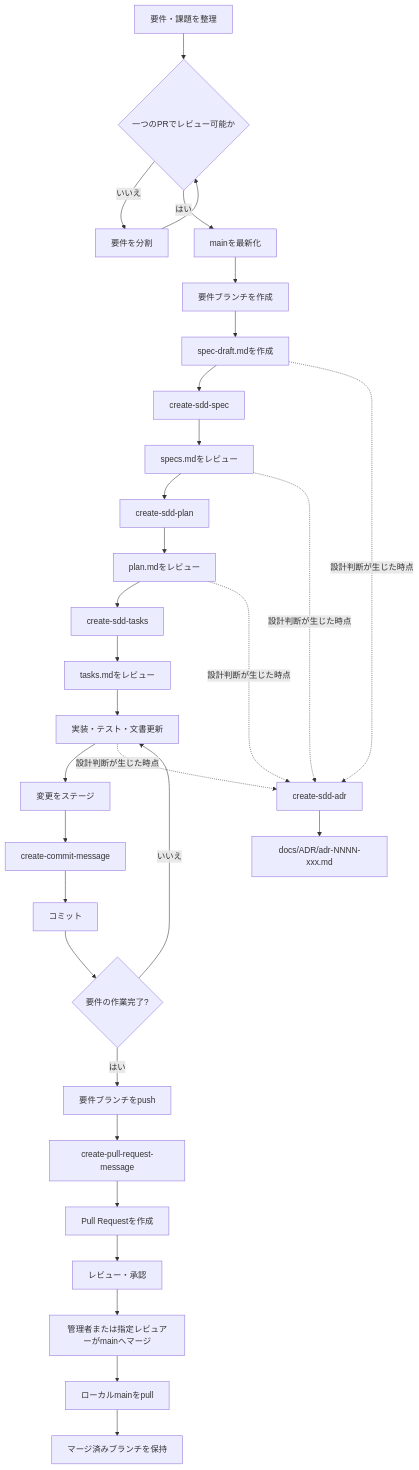
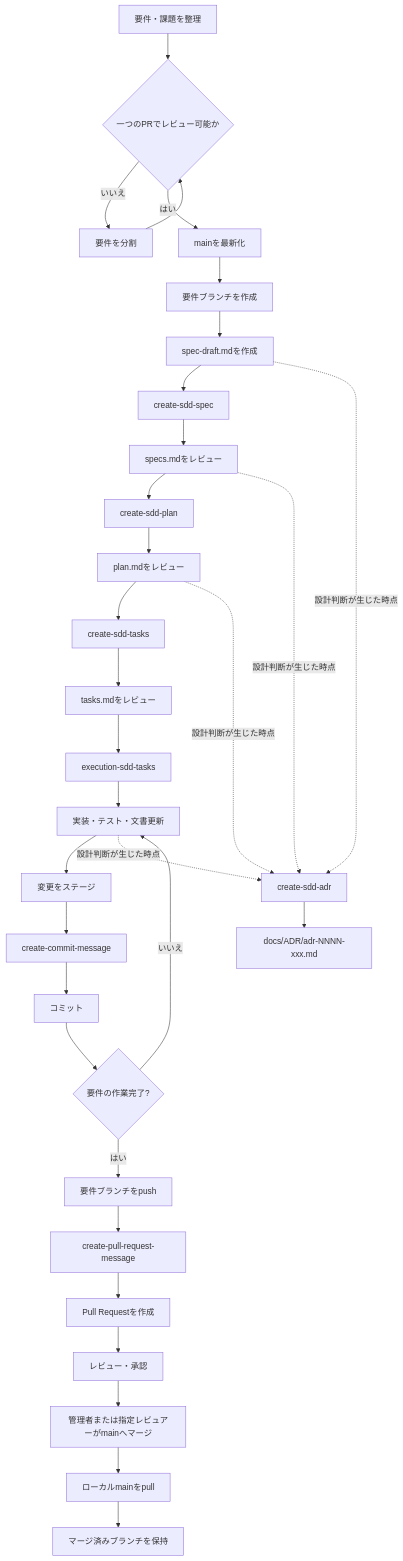
Before and after one commit to rafty/OpenAIAgentCore-base: the first of 2 diagrams in docs/SDD/README.md, drawn with Mermaid. The commit also changed other lines of this file and 5 other files, not shown here.

````diff
--- a/docs/SDD/README.md
+++ b/docs/SDD/README.md
@@ -78,34 +78,35 @@
 ```mermaid
 flowchart TD
     A[要件・課題を整理] --> B{一つのPRでレビュー可能か}
     B -- いいえ --> C[要件を分割]
     C --> B
     B -- はい --> D[mainを最新化]
     D --> E[要件ブランチを作成]
     E --> F[spec-draft.mdを作成]
     F --> G[create-sdd-spec]
     G --> H[specs.mdをレビュー]
     H --> I[create-sdd-plan]
     I --> J[plan.mdをレビュー]
     J --> K[create-sdd-tasks]
     K --> L[tasks.mdをレビュー]
-    L --> M[実装・テスト・文書更新]
+    L --> M0[execution-sdd-tasks]
+    M0 --> M[実装・テスト・文書更新]
     M --> N[変更をステージ]
     N --> O[create-commit-message]
     O --> P[コミット]
     P --> Q{要件の作業完了?}
     Q -- いいえ --> M
     Q -- はい --> R[要件ブランチをpush]
     R --> S[create-pull-request-message]
     S --> T[Pull Requestを作成]
     T --> U[レビュー・承認]
     U --> V[管理者または指定レビュアーがmainへマージ]
     V --> W[ローカルmainをpull]
     W --> X[マージ済みブランチを保持]
 
     F -. 設計判断が生じた時点 .-> Y[create-sdd-adr]
     H -. 設計判断が生じた時点 .-> Y
     J -. 設計判断が生じた時点 .-> Y
     M -. 設計判断が生じた時点 .-> Y
     Y --> Z[docs/ADR/adr-NNNN-xxx.md]
 ```
````
